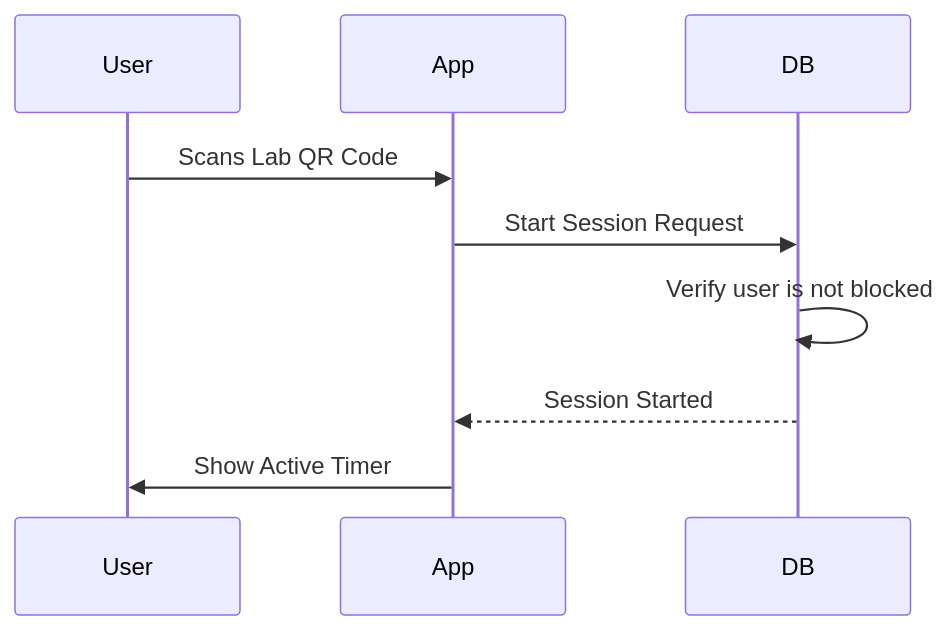
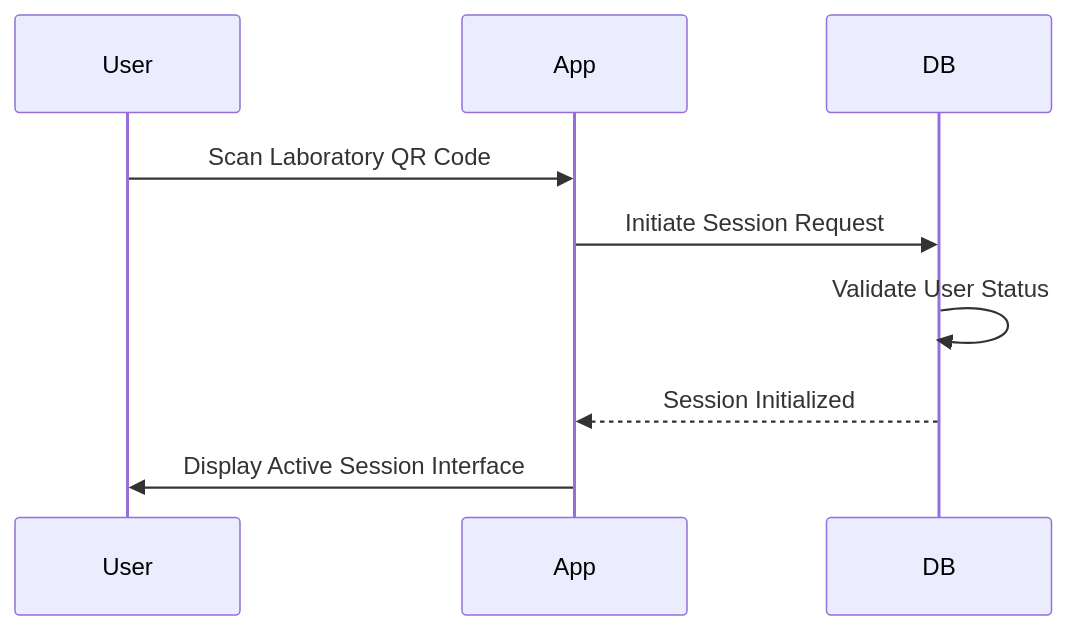
One commit to NAVANEETHVVINOD/Grow-by-IL changed the second of 2 diagrams in README.md. Above: the diagram before and after it, drawn with Mermaid. The commit also changed other lines of this file and 1 other file, not shown here.

````diff
--- a/README.md
+++ b/README.md
@@ -50,11 +50,11 @@
 ```mermaid
 sequenceDiagram
     participant User
     participant App
     participant DB
-    User->>App: Scans Lab QR Code
-    App->>DB: Start Session Request
-    DB->>DB: Verify user is not blocked
-    DB-->>App: Session Started
-    App->>User: Show Active Timer
+    User->>App: Scan Laboratory QR Code
+    App->>DB: Initiate Session Request
+    DB->>DB: Validate User Status
+    DB-->>App: Session Initialized
+    App->>User: Display Active Session Interface
 ```
````
